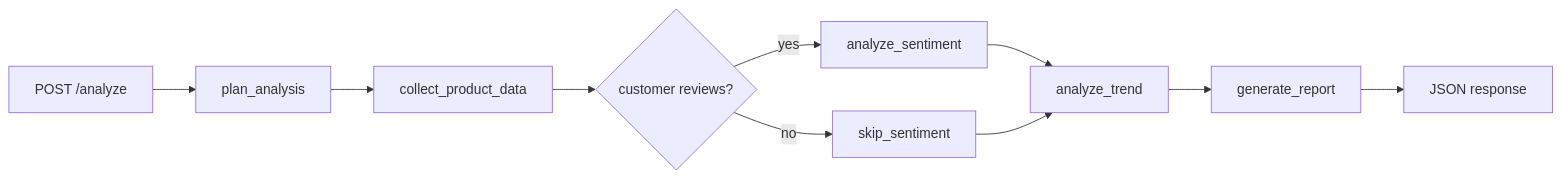
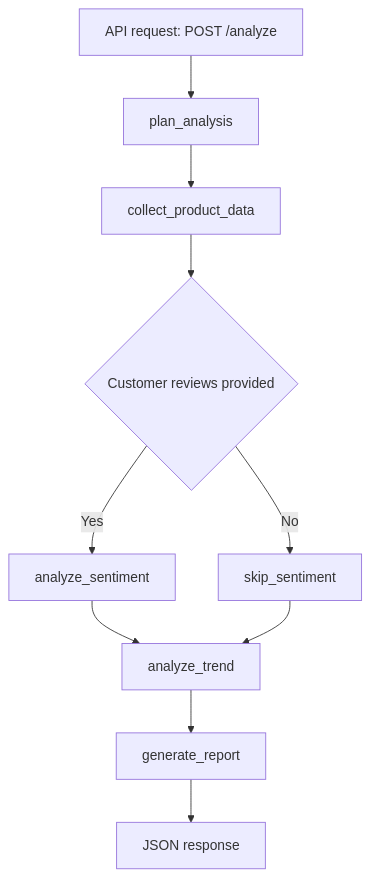
Before and after one commit to philippengani/devia-solution: the diagram in README.md, drawn with Mermaid. The commit also changed other lines of this file and 3 other files, not shown here.

````diff
--- a/README.md
+++ b/README.md
@@ -257,12 +285,22 @@
 ```mermaid
-flowchart LR
-    A["POST /analyze"] --> B["plan_analysis"]
-    B --> C["collect_product_data"]
-    C --> D{"customer reviews?"}
-    D -->|yes| E["analyze_sentiment"]
-    D -->|no| F["skip_sentiment"]
-    E --> G["analyze_trend"]
-    F --> G
-    G --> H["generate_report"]
-    H --> I["JSON response"]
+graph TD
+    request["API request: POST /analyze"]
+    plan["plan_analysis"]
+    product["collect_product_data"]
+    reviews{"Customer reviews provided"}
+    sentiment["analyze_sentiment"]
+    skip["skip_sentiment"]
+    trend["analyze_trend"]
+    report["generate_report"]
+    response["JSON response"]
+
+    request --> plan
+    plan --> product
+    product --> reviews
+    reviews -->|Yes| sentiment
+    reviews -->|No| skip
+    sentiment --> trend
+    skip --> trend
+    trend --> report
+    report --> response
 ```
````
